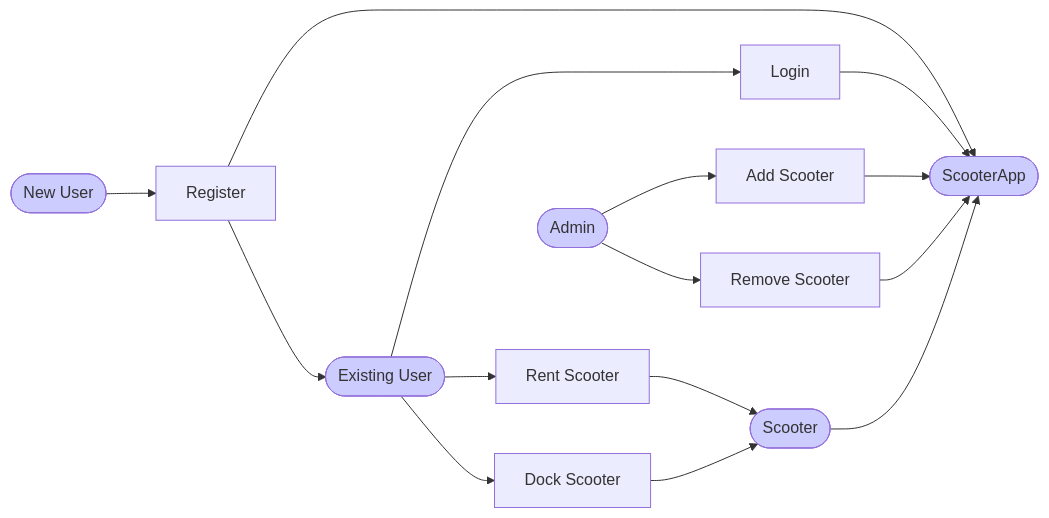
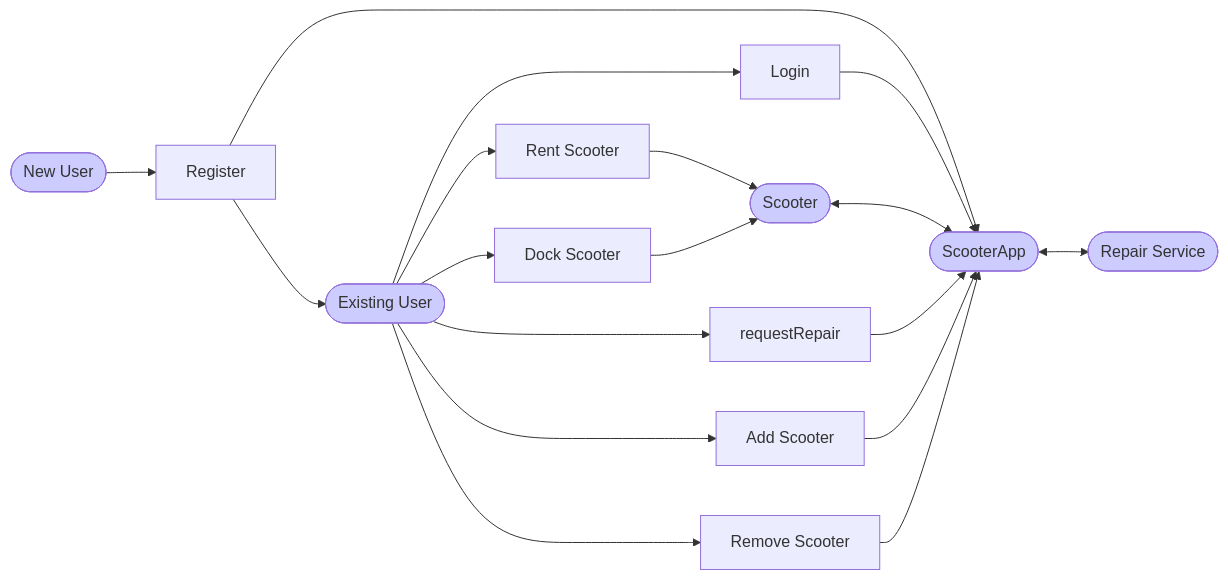
One commit to JoshuaLaurence/scooter-project changed the diagram in diagrams/scooterHireSystem-userDiagram.mmd. Above: the diagram before and after it, drawn with Mermaid. The commit also changed 1 other file, not shown here.

Commit message:
Finished Scooter Class

```diff
--- a/diagrams/scooterHireSystem-userDiagram.mmd
+++ b/diagrams/scooterHireSystem-userDiagram.mmd
@@ -1,41 +1,47 @@
 flowchart LR
     EXISTINGUSER([Existing User])
     NEWUSER([New User])
     SCOOTER([Scooter])
+    REPAIRSERVICE([Repair Service])
+    style REPAIRSERVICE fill:#ccf
     style SCOOTER fill:#ccf
     style NEWUSER fill:#ccf
     style EXISTINGUSER fill:#ccf
     EXISTINGUSER-->login[Login]
     EXISTINGUSER-->rent
     EXISTINGUSER-->dock
     NEWUSER-->register
-    DEV([Admin])-->addScooter
+    EXISTINGUSER-->requestRepair
+    EXISTINGUSER-->addScooter
     SCOOTERAPP([ScooterApp])
     style SCOOTERAPP fill:#ccf
-    style DEV fill:#ccf
-    DEV-->removeScooter
+    EXISTINGUSER-->removeScooter
+
 
     addScooter[Add Scooter]
     removeScooter[Remove Scooter]
 
     rent[Rent Scooter]
 
 
 
     dock[Dock Scooter]
 
 
 
     register[Register]
 
     login-->SCOOTERAPP
     register-->SCOOTERAPP
+    requestRepair-->SCOOTERAPP
     register-->EXISTINGUSER
     rent-->SCOOTER
     dock-->SCOOTER
-    SCOOTER-->SCOOTERAPP
+    SCOOTER<-->SCOOTERAPP
+
+    SCOOTERAPP<-->REPAIRSERVICE
 
     addScooter-->SCOOTERAPP
     removeScooter-->SCOOTERAPP
 
     register
```
